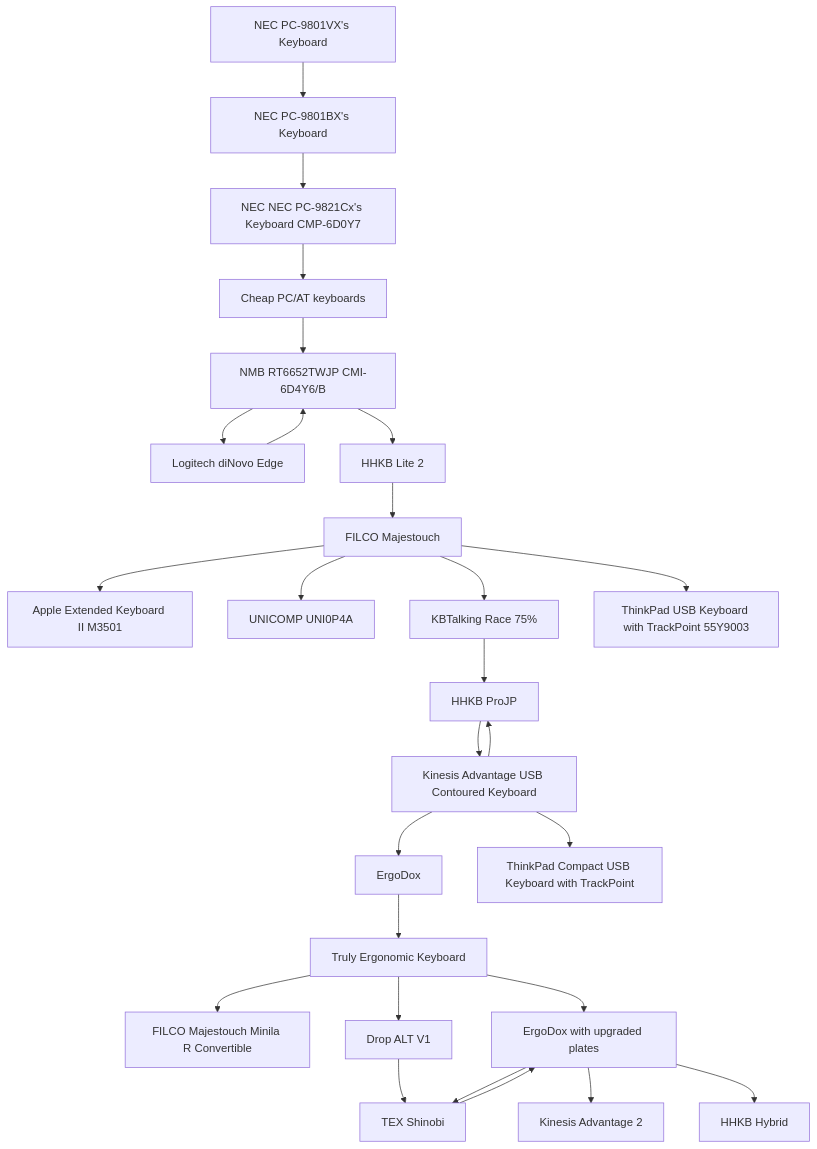
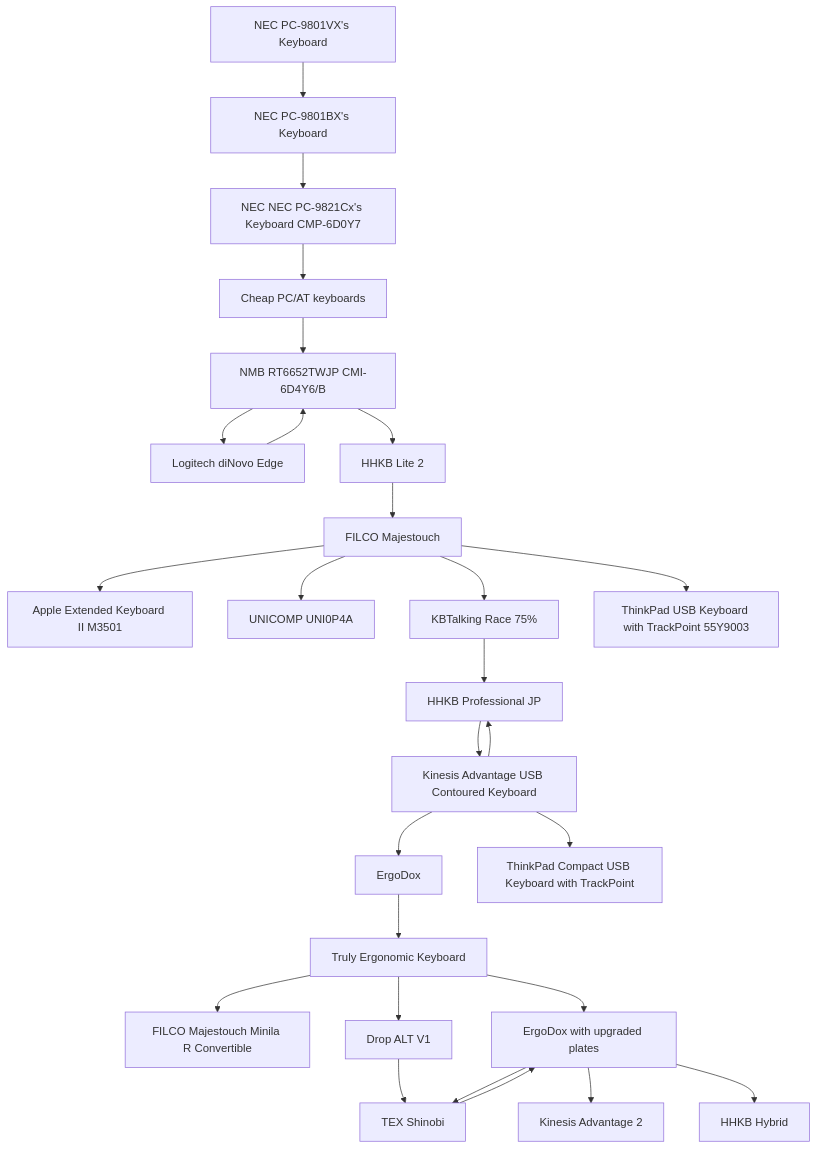
Before and after one commit to sumibi-yakitori/sumibi-yakitori: the diagram in hid.md, drawn with Mermaid.

````diff
--- a/hid.md
+++ b/hid.md
@@ -19,28 +19,28 @@
 ```mermaid
 graph TD;
     pc9801vx[NEC PC-9801VX's Keyboard]-->pc9801bx[NEC PC-9801BX's Keyboard];
     pc9801bx-->pc9821cx13[NEC NEC PC-9821Cx's Keyboard CMP-6D0Y7];
     pc9821cx13-->pcat1[Cheap PC/AT keyboards];
     pcat1-->nmb;
     nmb[NMB RT6652TWJP CMI-6D4Y6/B]-->Logitech[Logitech diNovo Edge]-->nmb;
     nmb-->hhkb-lite[HHKB Lite 2];
     hhkb-lite-->filco-m[FILCO Majestouch];
     filco-m-->ae-kb[Apple Extended Keyboard II M3501];
     filco-m-->unicomp[UNICOMP UNI0P4A];
     filco-m-->race[KBTalking Race 75%];
     filco-m-->thinkpad1[ThinkPad USB Keyboard with TrackPoint 55Y9003];
-    race-->hhkb-pro-jp[HHKB ProJP];
+    race-->hhkb-pro-jp[HHKB Professional JP];
     hhkb-pro-jp-->kinesis-a[Kinesis Advantage USB Contoured Keyboard];
     kinesis-a-->hhkb-pro-jp;
     kinesis-a-->ergodox1[ErgoDox];
     kinesis-a-->thinkpad2[ThinkPad Compact USB Keyboard with TrackPoint];
     ergodox1-->teck[Truly Ergonomic Keyboard];
     teck-->filco-minila-r[FILCO Majestouch Minila R Convertible];
     teck-->ergodox2[ErgoDox with upgraded plates];
     teck-->drop-alt[Drop ALT V1];
     drop-alt-->shinobi;
     ergodox2-->shinobi[TEX Shinobi];
     shinobi-->ergodox2
     ergodox2-->kinesis-a2[Kinesis Advantage 2];
     ergodox2-->hhkb-hybrid[HHKB Hybrid];
 ```
````
